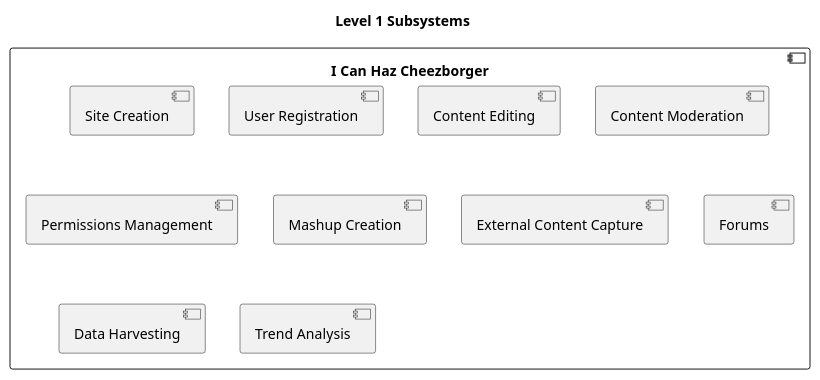
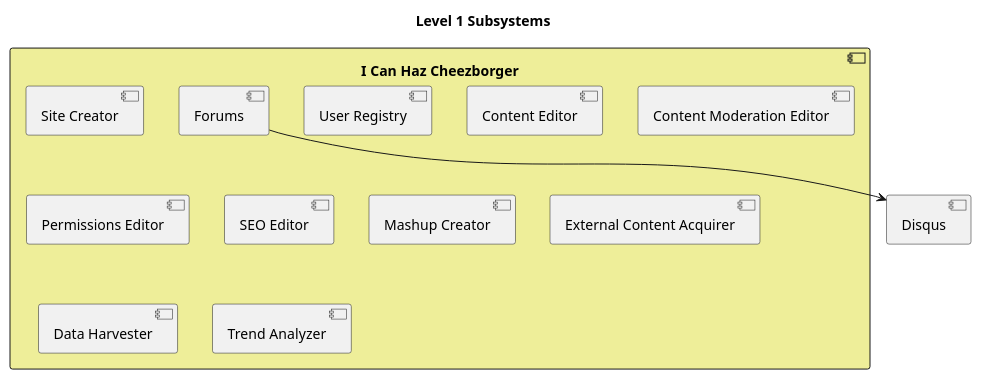
The diagram in cheezborger/level1subsystems.puml (gowland/architecture-katas), drawn with PlantUML before and after one commit.

Commit message:
Rename components to nouns

```diff
--- a/cheezborger/level1subsystems.puml
+++ b/cheezborger/level1subsystems.puml
@@ -1,18 +1,23 @@
 @startuml
 title Level 1 Subsystems
 
-component "I Can Haz Cheezborger" as main {
+component "I Can Haz Cheezborger" as core #eeee99 {
 
-    [Site Creation]
-    [User Registration]
-    [Content Editing]
-    [Content Moderation]
-    [Permissions Management]
-    [Mashup Creation]
-    [External Content Capture]
-    [Forums]
-    [Data Harvesting]
-    [Trend Analysis]
+    [Site Creator]
+    [User Registry]
+    [Content Editor]
+    [Content Moderation Editor]
+    [Permissions Editor]
+    [SEO Editor]
+    [Mashup Creator]
+    [External Content Acquirer]
+    [Forums] as forums
+    [Data Harvester]
+    [Trend Analyzer]
 }
 
+component Disqus
+
+forums --> Disqus
+
 @enduml
```
